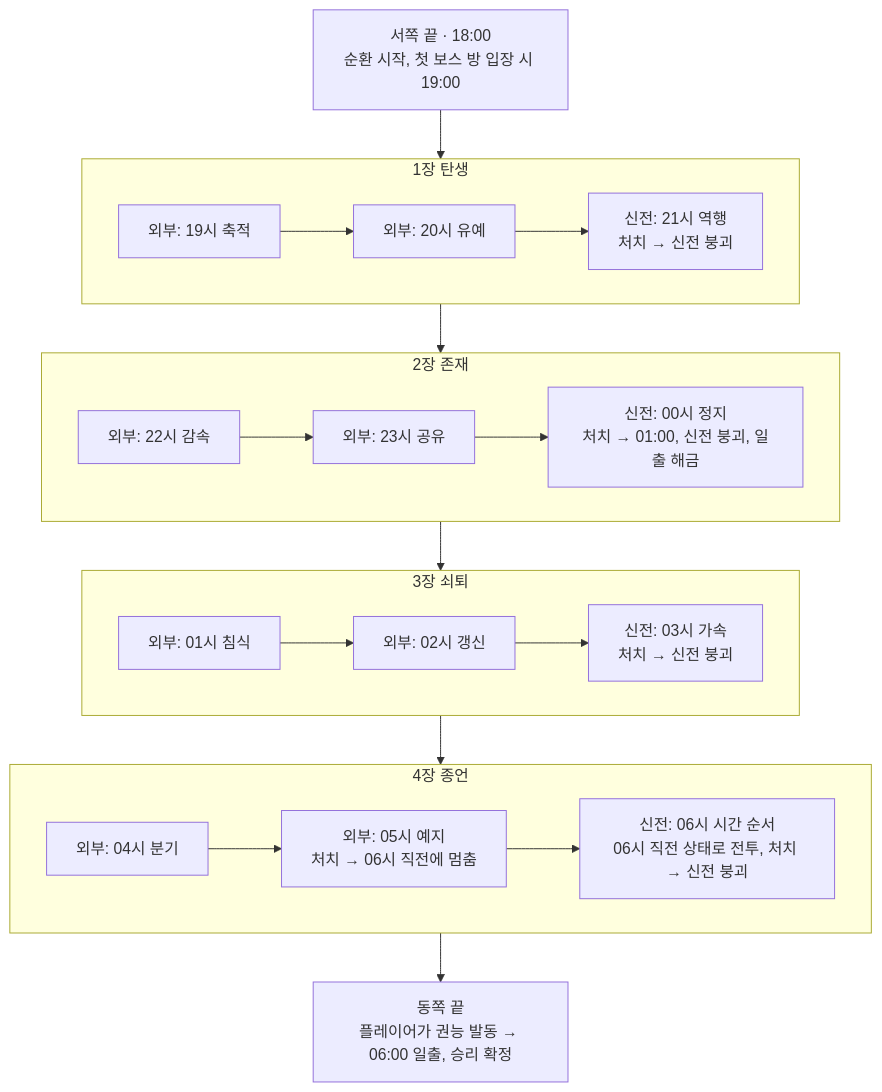
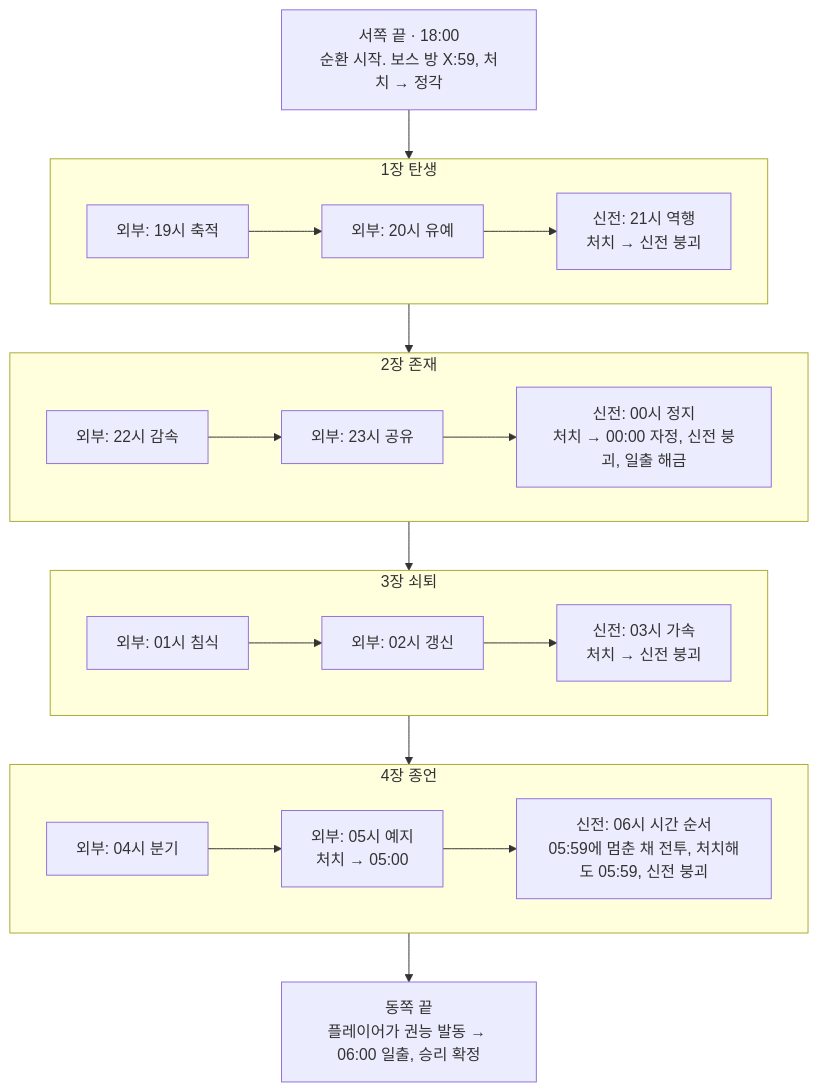
Before and after one commit to junseo2k/Math-RPG: the second of 3 diagrams in Docs/Design/WorldLevelStructure.md, drawn with Mermaid. The commit also changed other lines of this file and 18 other files, not shown here.

````diff
--- a/Docs/Design/WorldLevelStructure.md
+++ b/Docs/Design/WorldLevelStructure.md
@@ -150,20 +150,20 @@
 ```mermaid
 flowchart TD
-    W["서쪽 끝 · 18:00<br/>순환 시작, 첫 보스 방 입장 시 19:00"] --> C1
+    W["서쪽 끝 · 18:00<br/>순환 시작. 보스 방 X:59, 처치 → 정각"] --> C1
     subgraph C1["1장 탄생"]
         A1["외부: 19시 축적"] --> A2["외부: 20시 유예"] --> A3["신전: 21시 역행<br/>처치 → 신전 붕괴"]
     end
     C1 --> C2
     subgraph C2["2장 존재"]
-        B1["외부: 22시 감속"] --> B2["외부: 23시 공유"] --> B3["신전: 00시 정지<br/>처치 → 01:00, 신전 붕괴, 일출 해금"]
+        B1["외부: 22시 감속"] --> B2["외부: 23시 공유"] --> B3["신전: 00시 정지<br/>처치 → 00:00 자정, 신전 붕괴, 일출 해금"]
     end
     C2 --> C3
     subgraph C3["3장 쇠퇴"]
         D1["외부: 01시 침식"] --> D2["외부: 02시 갱신"] --> D3["신전: 03시 가속<br/>처치 → 신전 붕괴"]
     end
     C3 --> C4
     subgraph C4["4장 종언"]
-        E1["외부: 04시 분기"] --> E2["외부: 05시 예지<br/>처치 → 06시 직전에 멈춤"] --> E3["신전: 06시 시간 순서<br/>06시 직전 상태로 전투, 처치 → 신전 붕괴"]
+        E1["외부: 04시 분기"] --> E2["외부: 05시 예지<br/>처치 → 05:00"] --> E3["신전: 06시 시간 순서<br/>05:59에 멈춘 채 전투, 처치해도 05:59, 신전 붕괴"]
     end
     C4 --> R["동쪽 끝<br/>플레이어가 권능 발동 → 06:00 일출, 승리 확정"]
 ```
````
